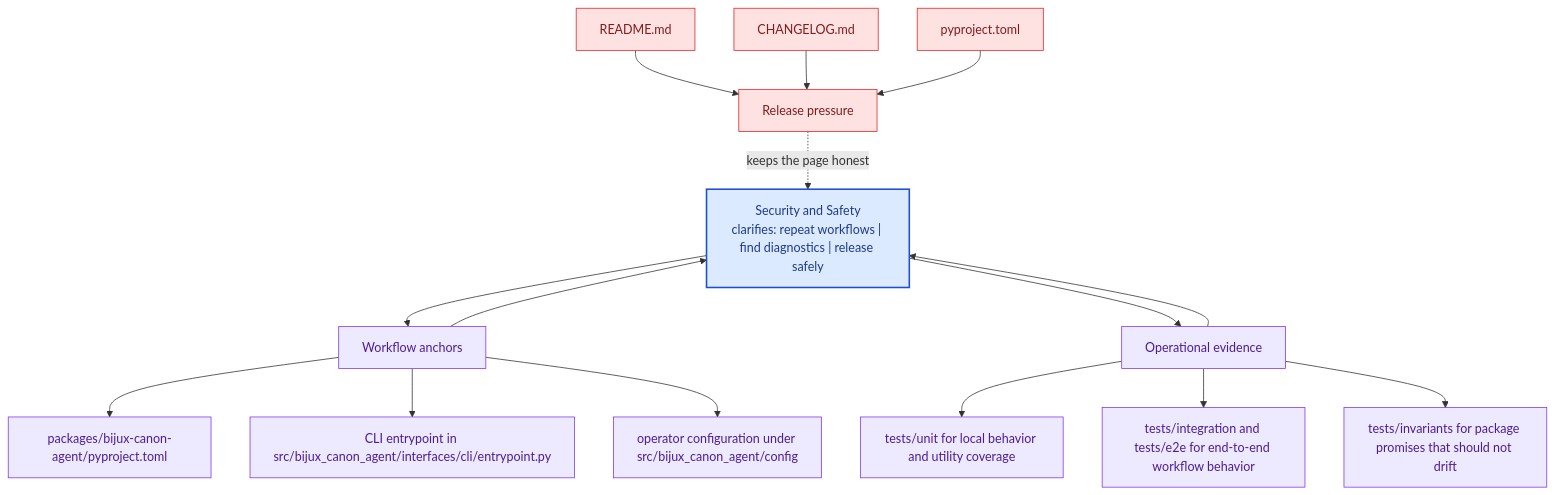
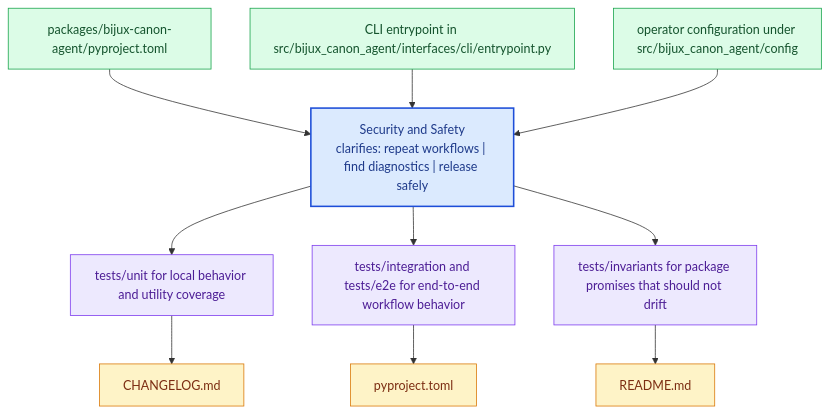
One commit to bijux/bijux-canon changed the diagram in docs/bijux-canon-agent/operations/security-and-safety.md. Above: the diagram before and after it, drawn with Mermaid. The commit also changed other lines of this file and 281 other files, not shown here.

Commit message:
docs(diagrams): replace repeated mermaid scaffolds with page-specific summaries

````diff
--- a/docs/bijux-canon-agent/operations/security-and-safety.md
+++ b/docs/bijux-canon-agent/operations/security-and-safety.md
@@ -67,41 +22,31 @@
 ```mermaid
 flowchart TB
-    promise["Security and Safety<br/>clarifies: repeat workflows | find diagnostics | release safely"]
-    classDef promise fill:#dbeafe,stroke:#1d4ed8,color:#1e3a8a,stroke-width:2px;
-    classDef driver fill:#dcfce7,stroke:#16a34a,color:#14532d;
-    classDef constraint fill:#fee2e2,stroke:#dc2626,color:#7f1d1d;
-    classDef ground fill:#ede9fe,stroke:#7c3aed,color:#4c1d95;
-    focus1["Workflow anchors"]
-    focus1 --> promise
-    promise --> focus1
-    focus1_1["packages/bijux-canon-agent/pyproject.toml"]
-    focus1 --> focus1_1
-    focus1_2["CLI entrypoint in src/bijux_canon_agent/interfaces/cli/entrypoint.py"]
-    focus1 --> focus1_2
-    focus1_3["operator configuration under src/bijux_canon_agent/config"]
-    focus1 --> focus1_3
-    class focus1 ground;
-    class focus1_1,focus1_2,focus1_3 ground;
-    focus2["Operational evidence"]
-    focus2 --> promise
-    promise --> focus2
-    focus2_1["tests/unit for local behavior and utility coverage"]
-    focus2 --> focus2_1
-    focus2_2["tests/integration and tests/e2e for end-to-end workflow behavior"]
-    focus2 --> focus2_2
-    focus2_3["tests/invariants for package promises that should not drift"]
-    focus2 --> focus2_3
-    class focus2 ground;
-    class focus2_1,focus2_2,focus2_3 ground;
-    focus3["Release pressure"]
-    focus3 -.keeps the page honest.-> promise
-    focus3_1["README.md"]
-    focus3_1 --> focus3
-    focus3_2["CHANGELOG.md"]
-    focus3_2 --> focus3
-    focus3_3["pyproject.toml"]
-    focus3_3 --> focus3
-    class focus3 constraint;
-    class focus3_1,focus3_2,focus3_3 constraint;
-    class promise promise;
+    page["Security and Safety<br/>clarifies: repeat workflows | find diagnostics | release safely"]
+    classDef page fill:#dbeafe,stroke:#1d4ed8,color:#1e3a8a,stroke-width:2px;
+    classDef positive fill:#dcfce7,stroke:#16a34a,color:#14532d;
+    classDef caution fill:#fee2e2,stroke:#dc2626,color:#7f1d1d;
+    classDef anchor fill:#ede9fe,stroke:#7c3aed,color:#4c1d95;
+    classDef action fill:#fef3c7,stroke:#d97706,color:#7c2d12;
+    step1["packages/bijux-canon-agent/pyproject.toml"]
+    step1 --> page
+    step2["CLI entrypoint in src/bijux_canon_agent/interfaces/cli/entrypoint.py"]
+    step2 --> page
+    step3["operator configuration under src/bijux_canon_agent/config"]
+    step3 --> page
+    run1["tests/unit for local behavior and utility coverage"]
+    page --> run1
+    run2["tests/integration and tests/e2e for end-to-end workflow behavior"]
+    page --> run2
+    run3["tests/invariants for package promises that should not drift"]
+    page --> run3
+    release1["CHANGELOG.md"]
+    run1 --> release1
+    release2["pyproject.toml"]
+    run2 --> release2
+    release3["README.md"]
+    run3 --> release3
+    class page page;
+    class step1,step2,step3 positive;
+    class run1,run2,run3 anchor;
+    class release1,release2,release3 action;
 ```
````
